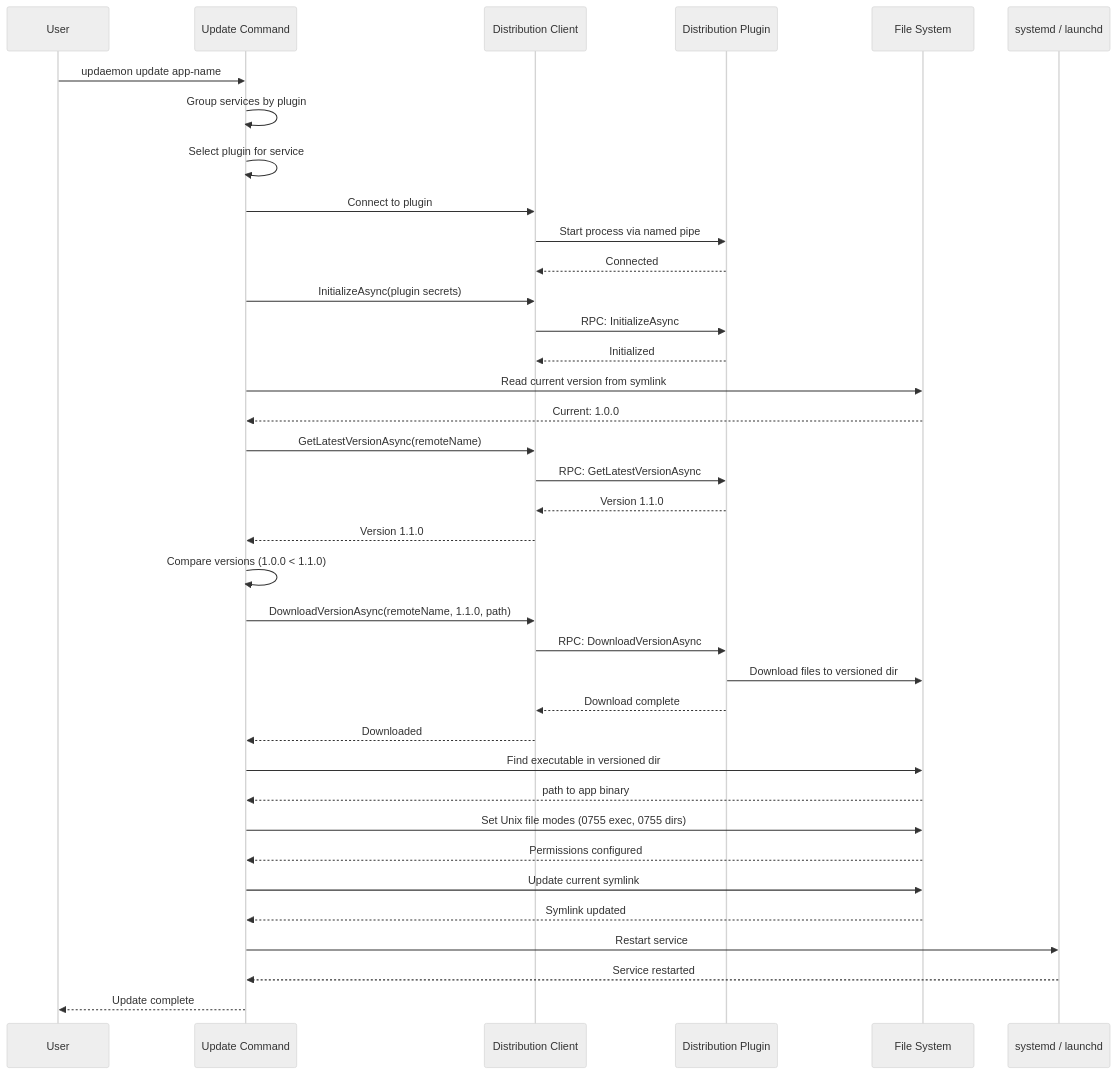
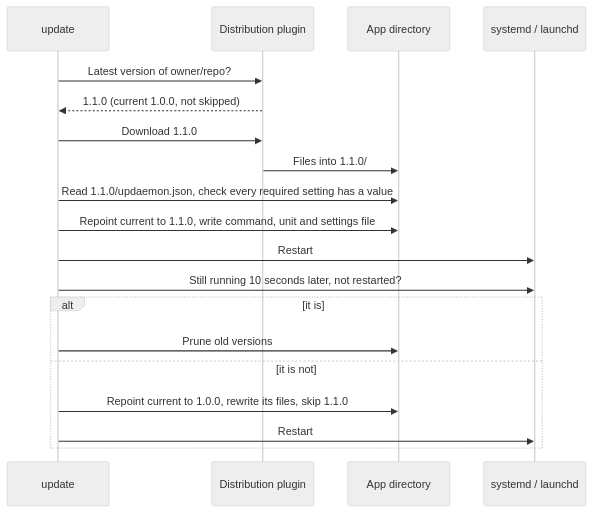
Before and after one commit to AdamTovatt/updaemon: the second of 5 diagrams in README.md, drawn with Mermaid (neutral theme). The commit also changed other lines of this file and 36 other files, not shown here.

Commit message:
add rollback, status, logs and the health check with skipped versions

````diff
--- a/README.md
+++ b/README.md
@@ -755,50 +520,22 @@
 ```mermaid
 sequenceDiagram
-    participant User
-    participant UpdateCmd as Update Command
-    participant DistClient as Distribution Client
-    participant Plugin as Distribution Plugin
-    participant FileSystem as File System
-    participant Init as systemd / launchd
-    
-    User->>UpdateCmd: updaemon update app-name
-    UpdateCmd->>UpdateCmd: Group services by plugin
-    UpdateCmd->>UpdateCmd: Select plugin for service
-    UpdateCmd->>DistClient: Connect to plugin
-    DistClient->>Plugin: Start process via named pipe
-    Plugin-->>DistClient: Connected
-    
-    UpdateCmd->>DistClient: InitializeAsync(plugin secrets)
-    DistClient->>Plugin: RPC: InitializeAsync
-    Plugin-->>DistClient: Initialized
-    
-    UpdateCmd->>FileSystem: Read current version from symlink
-    FileSystem-->>UpdateCmd: Current: 1.0.0
-    
-    UpdateCmd->>DistClient: GetLatestVersionAsync(remoteName)
-    DistClient->>Plugin: RPC: GetLatestVersionAsync
-    Plugin-->>DistClient: Version 1.1.0
-    DistClient-->>UpdateCmd: Version 1.1.0
-    
-    UpdateCmd->>UpdateCmd: Compare versions (1.0.0 < 1.1.0)
-    
-    UpdateCmd->>DistClient: DownloadVersionAsync(remoteName, 1.1.0, path)
-    DistClient->>Plugin: RPC: DownloadVersionAsync
-    Plugin->>FileSystem: Download files to versioned dir
-    Plugin-->>DistClient: Download complete
-    DistClient-->>UpdateCmd: Downloaded
-    
-    UpdateCmd->>FileSystem: Find executable in versioned dir
-    FileSystem-->>UpdateCmd: path to app binary
-    
-    UpdateCmd->>FileSystem: Set Unix file modes (0755 exec, 0755 dirs)
-    FileSystem-->>UpdateCmd: Permissions configured
-    
-    UpdateCmd->>FileSystem: Update current symlink
-    FileSystem-->>UpdateCmd: Symlink updated
-    
-    UpdateCmd->>Init: Restart service
-    Init-->>UpdateCmd: Service restarted
-    
-    UpdateCmd-->>User: Update complete
+    participant Update as update
+    participant Plugin as Distribution plugin
+    participant Disk as App directory
+    participant Manager as systemd / launchd
+
+    Update->>Plugin: Latest version of owner/repo?
+    Plugin-->>Update: 1.1.0 (current 1.0.0, not skipped)
+    Update->>Plugin: Download 1.1.0
+    Plugin->>Disk: Files into 1.1.0/
+    Update->>Disk: Read 1.1.0/updaemon.json, check every required setting has a value
+    Update->>Disk: Repoint current to 1.1.0, write command, unit and settings file
+    Update->>Manager: Restart
+    Update->>Manager: Still running 10 seconds later, not restarted?
+    alt it is
+        Update->>Disk: Prune old versions
+    else it is not
+        Update->>Disk: Repoint current to 1.0.0, rewrite its files, skip 1.1.0
+        Update->>Manager: Restart
+    end
 ```
````
